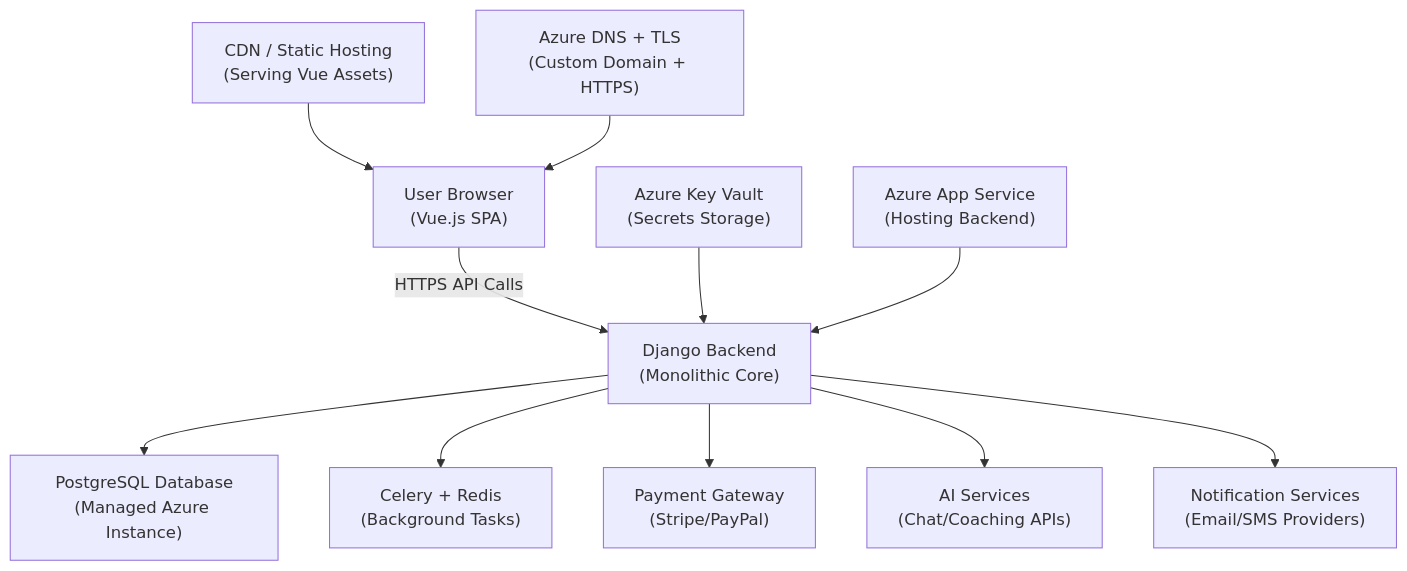
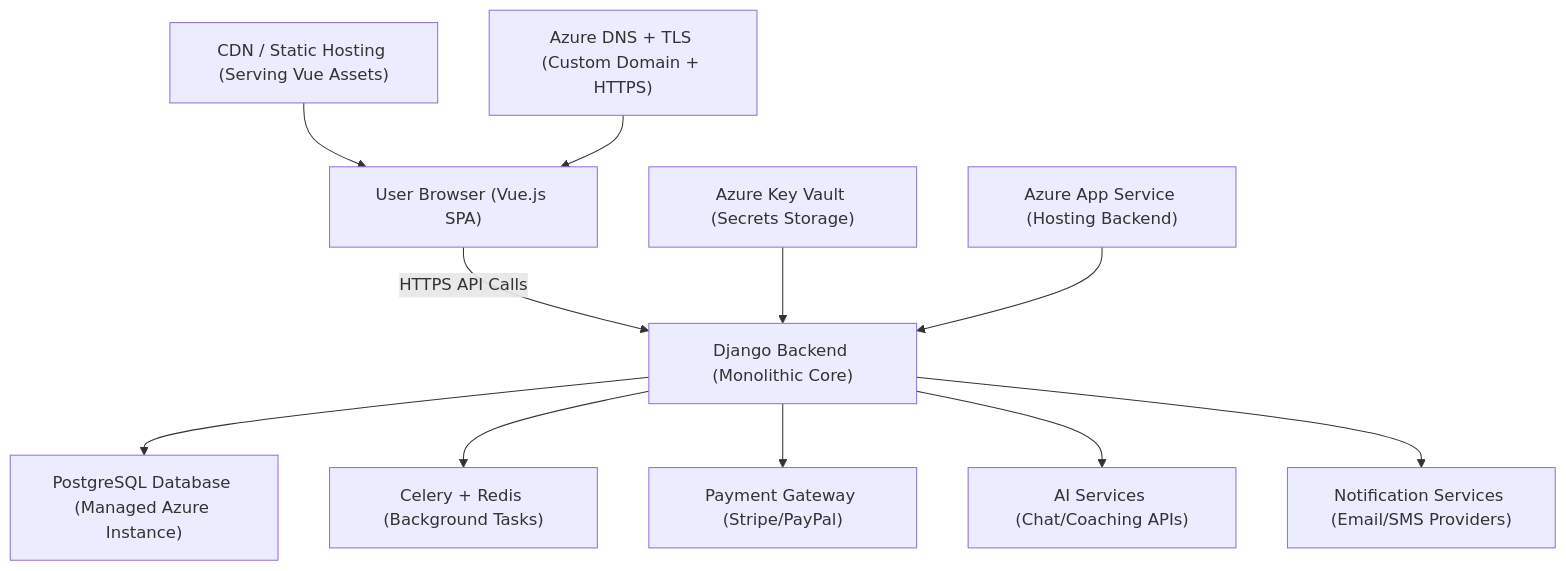
One commit to Sir-Lancaster/CupidCode changed the diagram in Documentation/Design/HighLevel/high_level_design.md. Above: the diagram before and after it, drawn with Mermaid. The commit also changed 1 other file, not shown here.

Commit message:
Made authentication implementation cohesive amongst sections

````diff
--- a/Documentation/Design/HighLevel/high_level_design.md
+++ b/Documentation/Design/HighLevel/high_level_design.md
@@ -175,13 +175,13 @@
 ```mermaid
 graph TD
-    A["User Browser\n(Vue.js SPA)"] -->|HTTPS API Calls| B["Django Backend\n(Monolithic Core)"]
-    B --> C["PostgreSQL Database\n(Managed Azure Instance)"]
-    B --> D["Celery + Redis\n(Background Tasks)"]
-    B --> E["Payment Gateway\n(Stripe/PayPal)"]
-    B --> F["AI Services\n(Chat/Coaching APIs)"]
-    B --> G["Notification Services\n(Email/SMS Providers)"]
-    H["Azure Key Vault\n(Secrets Storage)"] --> B
-    I["Azure App Service\n(Hosting Backend)"] --> B
-    J["CDN / Static Hosting\n(Serving Vue Assets)"] --> A
-    K["Azure DNS + TLS\n(Custom Domain + HTTPS)"] --> A
+    A["User Browser (Vue.js SPA)"] -->|HTTPS API Calls| B["Django Backend (Monolithic Core)"]
+    B --> C["PostgreSQL Database (Managed Azure Instance)"]
+    B --> D["Celery + Redis (Background Tasks)"]
+    B --> E["Payment Gateway (Stripe/PayPal)"]
+    B --> F["AI Services (Chat/Coaching APIs)"]
+    B --> G["Notification Services (Email/SMS Providers)"]
+    H["Azure Key Vault (Secrets Storage)"] --> B
+    I["Azure App Service (Hosting Backend)"] --> B
+    J["CDN / Static Hosting (Serving Vue Assets)"] --> A
+    K["Azure DNS + TLS (Custom Domain + HTTPS)"] --> A
 ```
````
